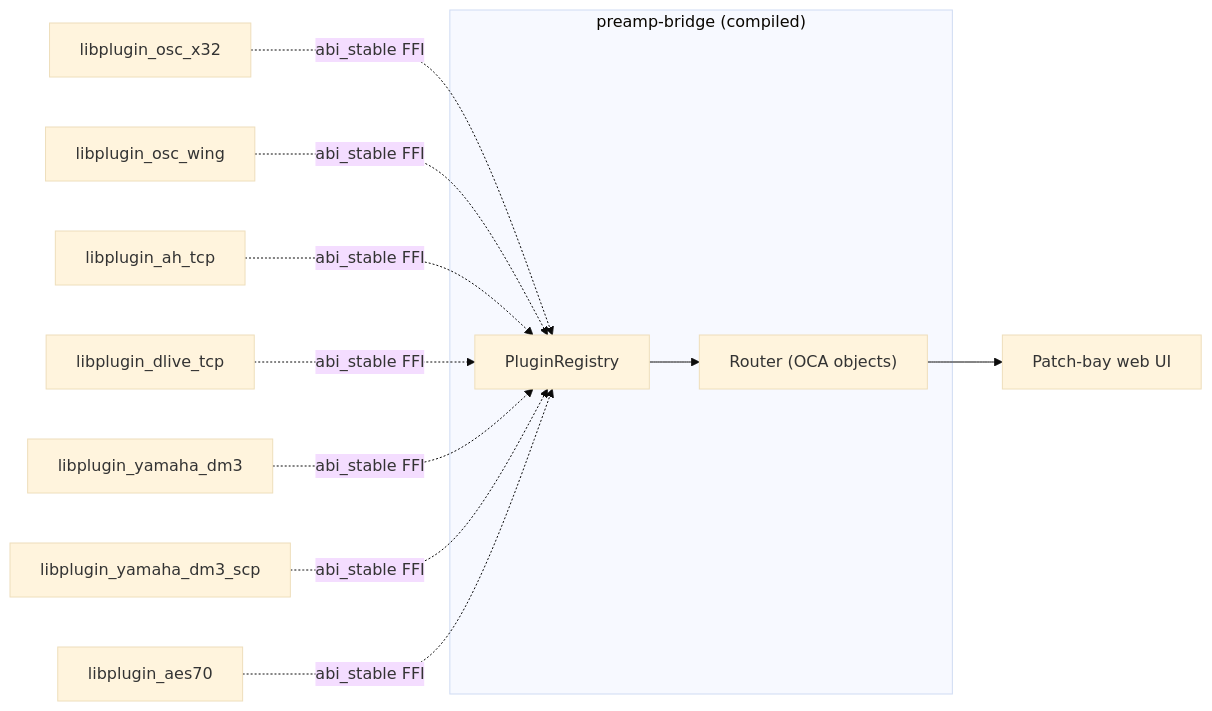
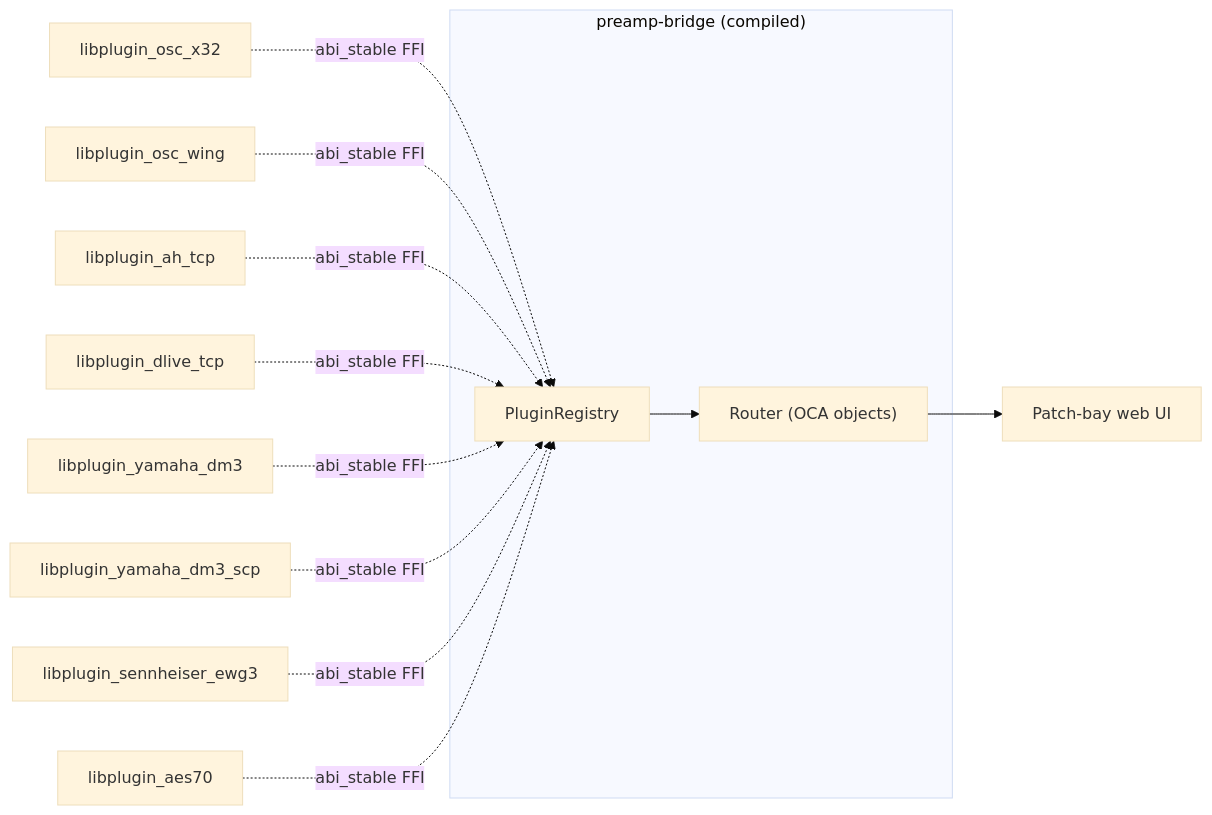
Before and after one commit to stoatworks-labs/Dante-BabelBox: the second of 2 diagrams in README.md, drawn with Mermaid (base theme). The commit also changed other lines of this file and 1 other file, not shown here.

````diff
--- a/README.md
+++ b/README.md
@@ -245,15 +249,16 @@
 ```mermaid
 flowchart LR
     subgraph Host["preamp-bridge (compiled)"]
         Reg["PluginRegistry"]
         Reg --> Router
     end
     X32["libplugin_osc_x32"] -. abi_stable FFI .-> Reg
     Wing["libplugin_osc_wing"] -. abi_stable FFI .-> Reg
     Ahm["libplugin_ah_tcp"] -. abi_stable FFI .-> Reg
     Dlive["libplugin_dlive_tcp"] -. abi_stable FFI .-> Reg
     Dm3["libplugin_yamaha_dm3"] -. abi_stable FFI .-> Reg
     Dm3Scp["libplugin_yamaha_dm3_scp"] -. abi_stable FFI .-> Reg
+    Ewg3["libplugin_sennheiser_ewg3"] -. abi_stable FFI .-> Reg
     Aes70["libplugin_aes70"] -. abi_stable FFI .-> Reg
     Router["Router (OCA objects)"] --> Web["Patch-bay web UI"]
 ```
````
